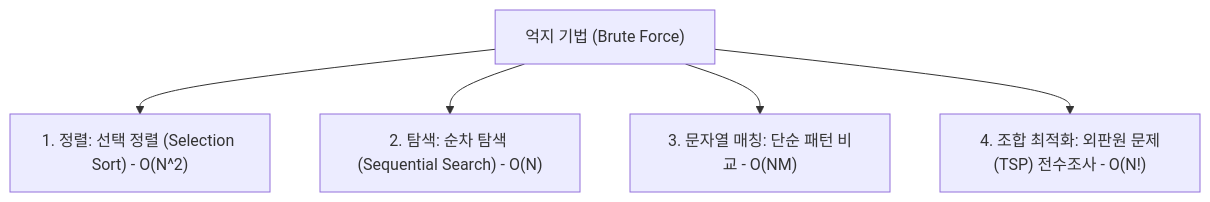
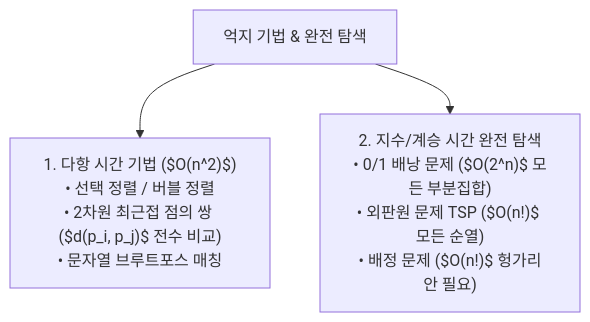
One commit to umyunsang/edu changed the diagram in ComputerScience/06_algorithms-graphics/algorithm-design-analysis/notes/03. 억지 기법과 완전 탐색.md. Above: the diagram before and after it, drawn with Mermaid. The commit also changed other lines of this file and 32 other files, not shown here.

````diff
--- a/ComputerScience/06_algorithms-graphics/algorithm-design-analysis/notes/03. 억지 기법과 완전 탐색.md
+++ b/ComputerScience/06_algorithms-graphics/algorithm-design-analysis/notes/03. 억지 기법과 완전 탐색.md
@@ -31,7 +34,6 @@
 ```mermaid
 flowchart TD
-    BF["억지 기법 (Brute Force)"] --> S1["1. 정렬: 선택 정렬 (Selection Sort) - O(N^2)"]
-    BF --> S2["2. 탐색: 순차 탐색 (Sequential Search) - O(N)"]
-    BF --> S3["3. 문자열 매칭: 단순 패턴 비교 - O(NM)"]
-    BF --> S4["4. 조합 최적화: 외판원 문제(TSP) 전수조사 - O(N!)"]
+    BF["억지 기법 & 완전 탐색"]
+    BF --> POLY["1. 다항 시간 기법 ($O(n^2)$)<br/>• 선택 정렬 / 버블 정렬<br/>• 2차원 최근접 점의 쌍 ($d(p_i, p_j)$ 전수 비교)<br/>• 문자열 브루트포스 매칭"]
+    BF --> EXP["2. 지수/계승 시간 완전 탐색<br/>• 0/1 배낭 문제 ($O(2^n)$ 모든 부분집합)<br/>• 외판원 문제 TSP ($O(n!)$ 모든 순열)<br/>• 배정 문제 ($O(n!)$ 헝가리안 필요)"]
 ```
````
